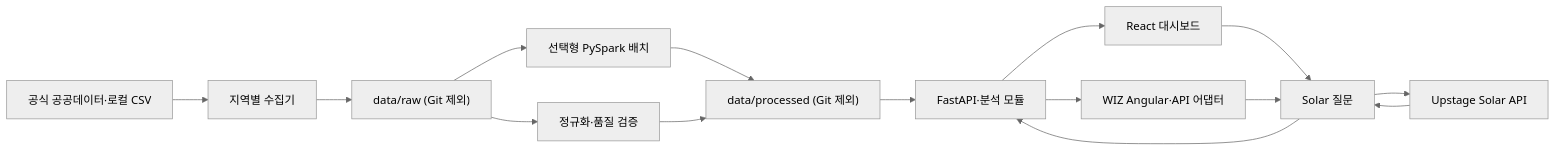
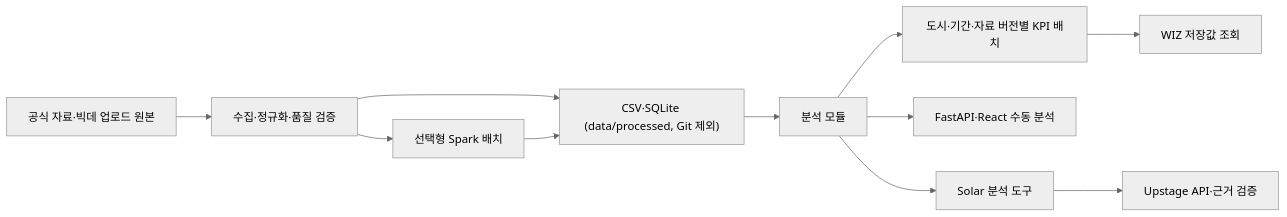
One commit to xericen/bike-link-analysis changed the diagram in README.md. Above: the diagram before and after it, drawn with Mermaid (neutral theme). The commit also changed other lines of this file and 62 other files, not shown here.

````diff
--- a/README.md
+++ b/README.md
@@ -92,17 +57,13 @@
 ```mermaid
 flowchart LR
-  A["공식 공공데이터·로컬 CSV"] --> B["지역별 수집기"]
-  B --> C["data/raw (Git 제외)"]
-  C --> D["정규화·품질 검증"]
-  C --> S["선택형 PySpark 배치"]
-  S --> E
-  D --> E["data/processed (Git 제외)"]
-  E --> F["FastAPI·분석 모듈"]
-  F --> G["React 대시보드"]
-  F --> W["WIZ Angular·API 어댑터"]
-  G --> H["Solar 질문"]
-  W --> H
-  H --> F
-  H --> I["Upstage Solar API"]
-  I --> H
+  A["공식 자료·빅데 업로드 원본"] --> B["수집·정규화·품질 검증"]
+  B --> C["CSV·SQLite (data/processed, Git 제외)"]
+  B --> S["선택형 Spark 배치"]
+  S --> C
+  C --> D["분석 모듈"]
+  D --> E["도시·기간·자료 버전별 KPI 배치"]
+  E --> F["WIZ 저장값 조회"]
+  D --> G["FastAPI·React 수동 분석"]
+  D --> H["Solar 분석 도구"]
+  H --> I["Upstage API·근거 검증"]
 ```
````
